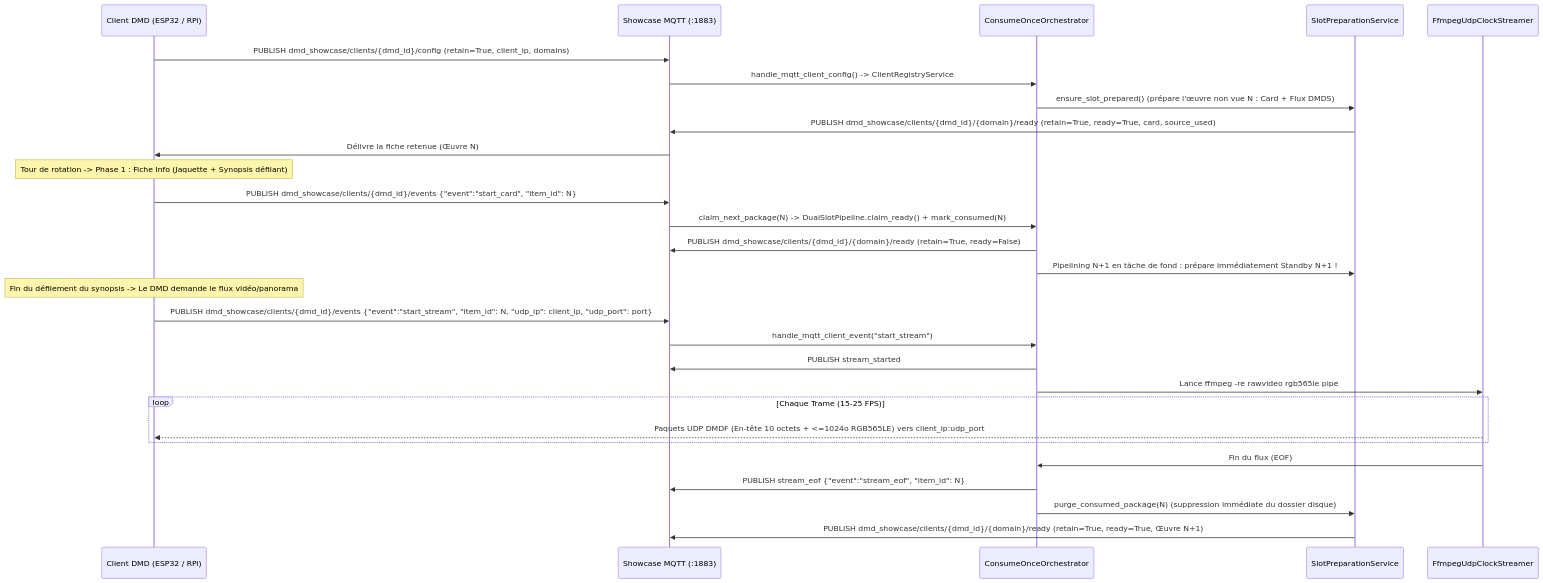
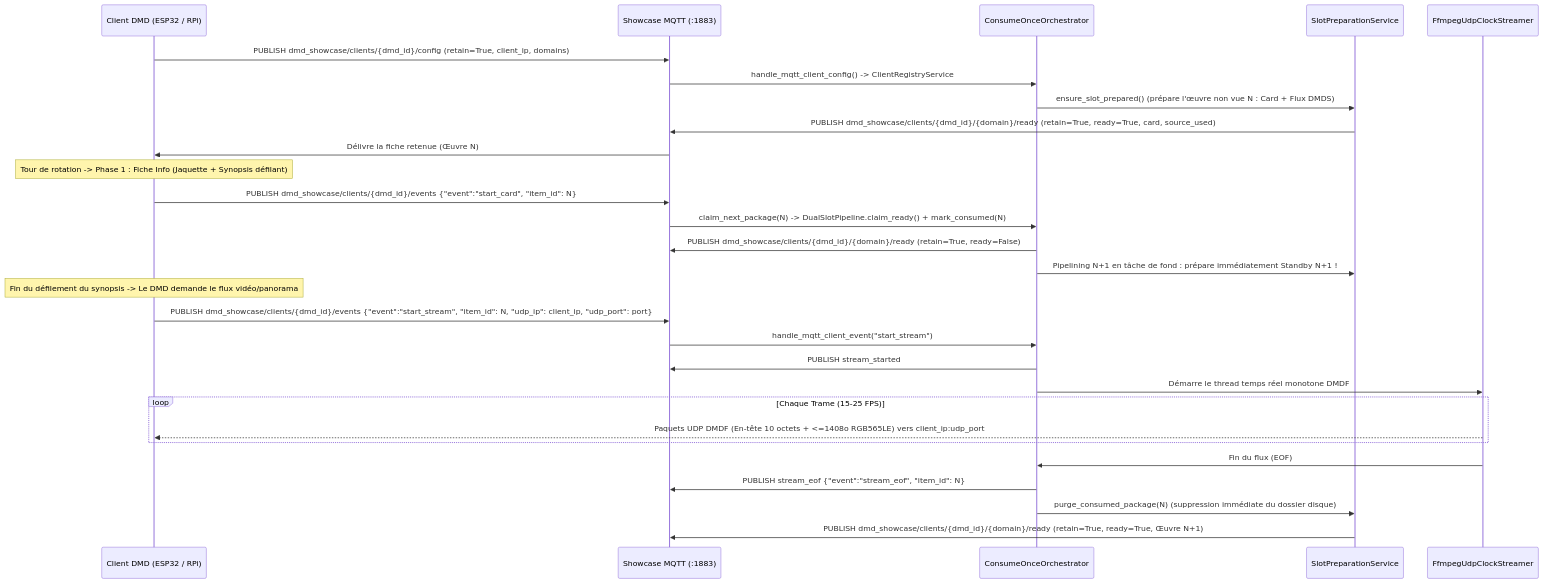
Before and after one commit to red77290/dmd_media_showcase: the second of 2 diagrams in docs/ARCHITECTURE_FR.md, drawn with Mermaid. The commit also changed other lines of this file and 11 other files, not shown here.

First line of the commit message:
perf(streaming): zero-fork 1408B UDP DMDF transmitter and drop-late TCP pacing

````diff
--- a/docs/ARCHITECTURE_FR.md
+++ b/docs/ARCHITECTURE_FR.md
@@ -133,33 +133,33 @@
 ```mermaid
 sequenceDiagram
     participant DMD as Client DMD (ESP32 / RPi)
     participant MQTT as Showcase MQTT (:1883)
     participant ORCH as ConsumeOnceOrchestrator
     participant PREP as SlotPreparationService
     participant FFMPEG as FfmpegUdpClockStreamer
 
     DMD->>MQTT: PUBLISH dmd_showcase/clients/{dmd_id}/config (retain=True, client_ip, domains)
     MQTT->>ORCH: handle_mqtt_client_config() -> ClientRegistryService
     ORCH->>PREP: ensure_slot_prepared() (prépare l'œuvre non vue N : Card + Flux DMDS)
     PREP->>MQTT: PUBLISH dmd_showcase/clients/{dmd_id}/{domain}/ready (retain=True, ready=True, card, source_used)
     MQTT->>DMD: Délivre la fiche retenue (Œuvre N)
 
     Note over DMD: Tour de rotation -> Phase 1 : Fiche Info (Jaquette + Synopsis défilant)
     DMD->>MQTT: PUBLISH dmd_showcase/clients/{dmd_id}/events {"event":"start_card", "item_id": N}
     MQTT->>ORCH: claim_next_package(N) -> DualSlotPipeline.claim_ready() + mark_consumed(N)
     ORCH->>MQTT: PUBLISH dmd_showcase/clients/{dmd_id}/{domain}/ready (retain=True, ready=False)
     ORCH->>PREP: Pipelining N+1 en tâche de fond : prépare immédiatement Standby N+1 !
 
     Note over DMD: Fin du défilement du synopsis -> Le DMD demande le flux vidéo/panorama
     DMD->>MQTT: PUBLISH dmd_showcase/clients/{dmd_id}/events {"event":"start_stream", "item_id": N, "udp_ip": client_ip, "udp_port": port}
     MQTT->>ORCH: handle_mqtt_client_event("start_stream")
     ORCH->>MQTT: PUBLISH stream_started
-    ORCH->>FFMPEG: Lance ffmpeg -re rawvideo rgb565le pipe
+    ORCH->>FFMPEG: Démarre le thread temps réel monotone DMDF
     loop Chaque Trame (15-25 FPS)
-        FFMPEG-->>DMD: Paquets UDP DMDF (En-tête 10 octets + <=1024o RGB565LE) vers client_ip:udp_port
+        FFMPEG-->>DMD: Paquets UDP DMDF (En-tête 10 octets + <=1408o RGB565LE) vers client_ip:udp_port
     end
     FFMPEG->>ORCH: Fin du flux (EOF)
     ORCH->>MQTT: PUBLISH stream_eof {"event":"stream_eof", "item_id": N}
     ORCH->>PREP: purge_consumed_package(N) (suppression immédiate du dossier disque)
     PREP->>MQTT: PUBLISH dmd_showcase/clients/{dmd_id}/{domain}/ready (retain=True, ready=True, Œuvre N+1)
 ```
````
